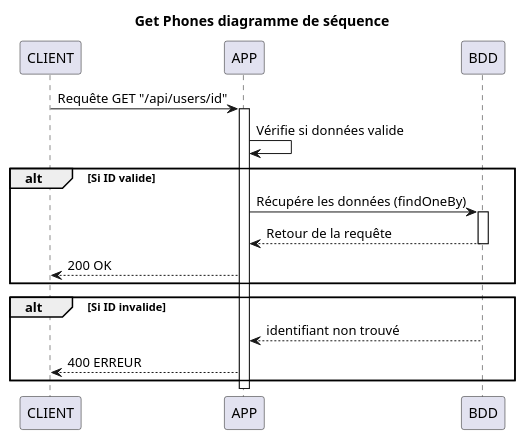
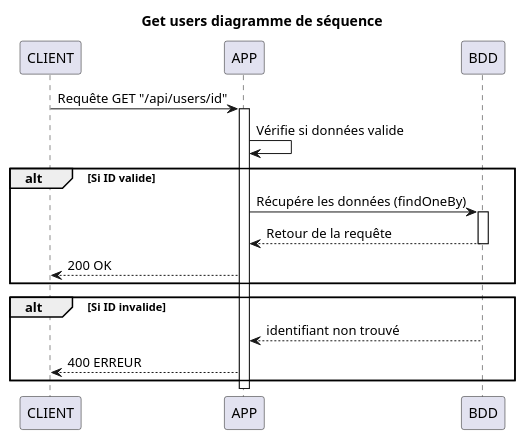
One commit to Waarrez/P7 changed the diagram in docs/Diagramme de séquence/Get user (id).puml. Above: the diagram before and after it, drawn with PlantUML. The commit also changed 8 other files, not shown here.

```diff
--- a/docs/Diagramme de séquence/Get user (id).puml
+++ b/docs/Diagramme de séquence/Get user (id).puml
@@ -1,26 +1,26 @@
 @startuml
 
-title Get Phones diagramme de séquence
+title Get users diagramme de séquence
 
 participant CLIENT
 participant APP
 participant BDD
 
 CLIENT -> APP: Requête GET "/api/users/id"
 activate APP
 APP -> APP : Vérifie si données valide
 
 alt Si ID valide
     APP -> BDD  : Récupére les données (findOneBy)
     activate BDD
     BDD --> APP : Retour de la requête
     deactivate BDD
     APP --> CLIENT : 200 OK
 end
 
 alt Si ID invalide
     BDD --> APP : identifiant non trouvé
     APP --> CLIENT : 400 ERREUR
 end
 
 @enduml
```
